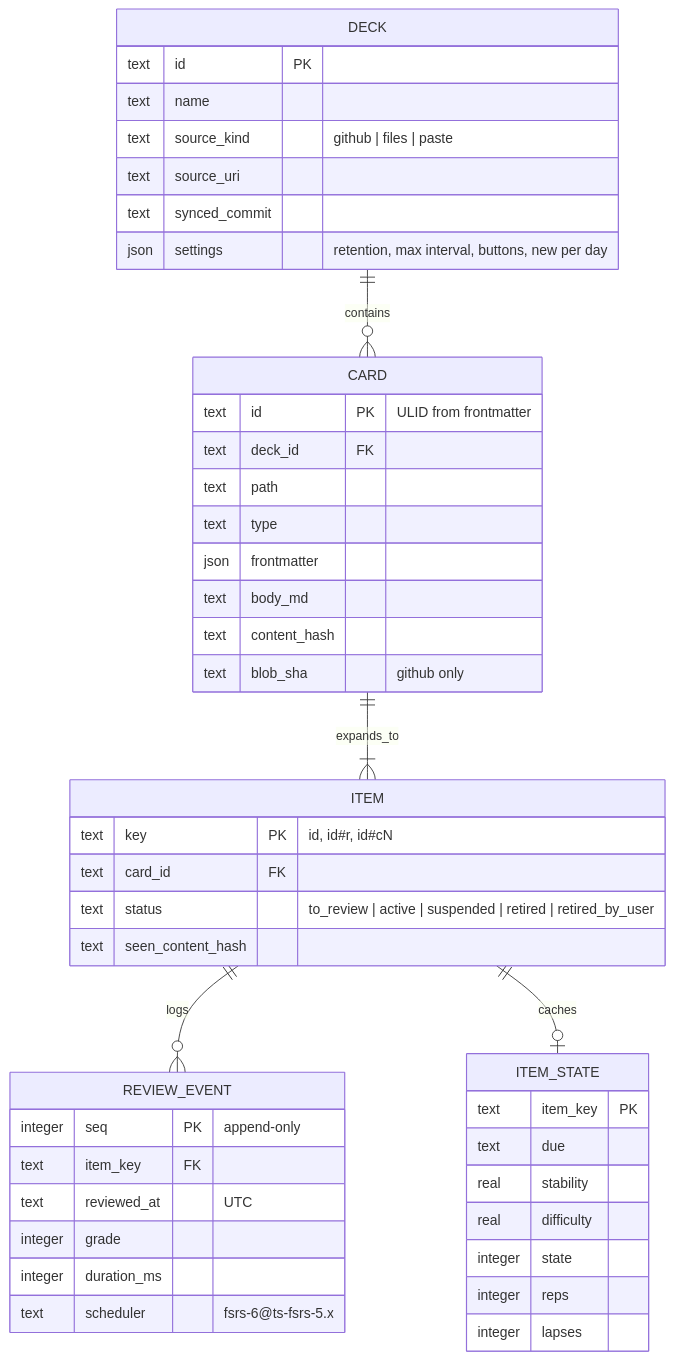
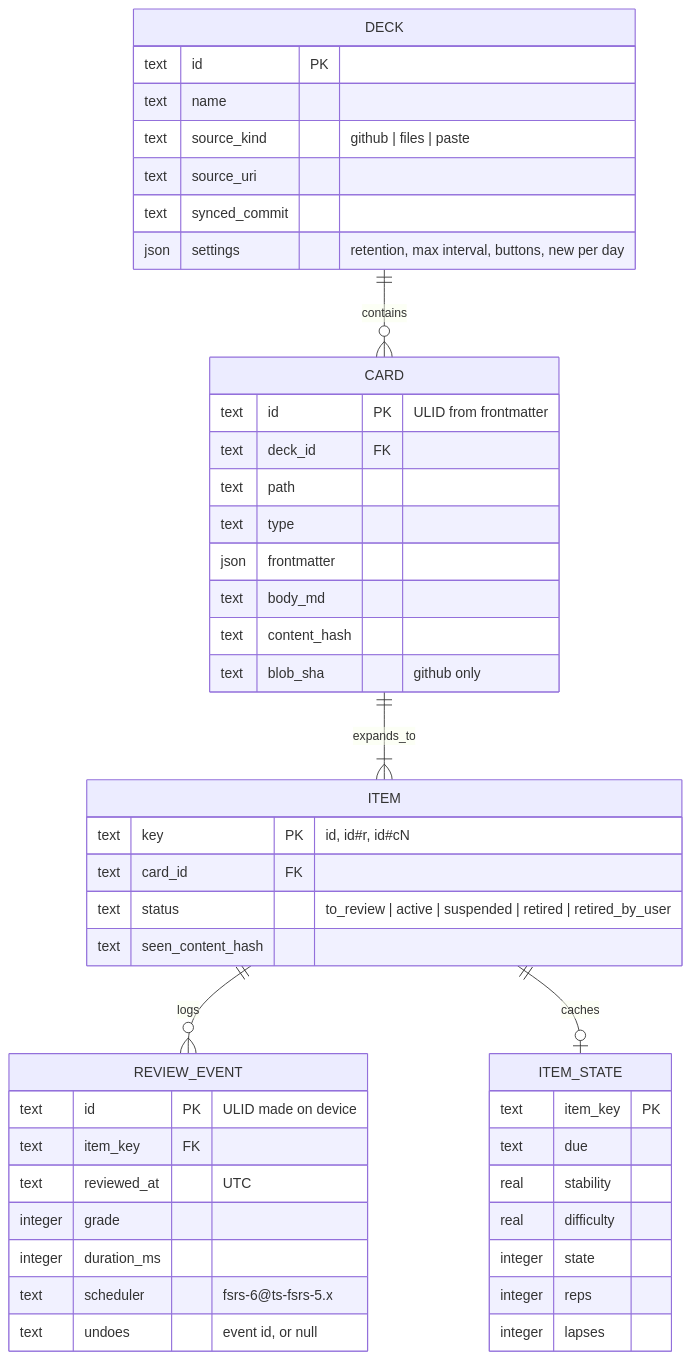
The fourth of 4 diagrams in plans/06-v1-mobile-app.md (cameronvoell/uplink), drawn with Mermaid before and after one commit. The commit also changed other lines of this file and 9 other files, not shown here.

````diff
--- a/plans/06-v1-mobile-app.md
+++ b/plans/06-v1-mobile-app.md
@@ -137,48 +137,49 @@
 ```mermaid
 erDiagram
   DECK ||--o{ CARD : contains
   CARD ||--|{ ITEM : expands_to
   ITEM ||--o{ REVIEW_EVENT : logs
   ITEM ||--o| ITEM_STATE : caches
   DECK {
     text id PK
     text name
     text source_kind "github | files | paste"
     text source_uri
     text synced_commit
     json settings "retention, max interval, buttons, new per day"
   }
   CARD {
     text id PK "ULID from frontmatter"
     text deck_id FK
     text path
     text type
     json frontmatter
     text body_md
     text content_hash
     text blob_sha "github only"
   }
   ITEM {
     text key PK "id, id#r, id#cN"
     text card_id FK
     text status "to_review | active | suspended | retired | retired_by_user"
     text seen_content_hash
   }
   REVIEW_EVENT {
-    integer seq PK "append-only"
+    text id PK "ULID made on device"
     text item_key FK
     text reviewed_at "UTC"
     integer grade
     integer duration_ms
     text scheduler "fsrs-6@ts-fsrs-5.x"
+    text undoes "event id, or null"
   }
   ITEM_STATE {
     text item_key PK
     text due
     real stability
     real difficulty
     integer state
     integer reps
     integer lapses
   }
 ```
````
